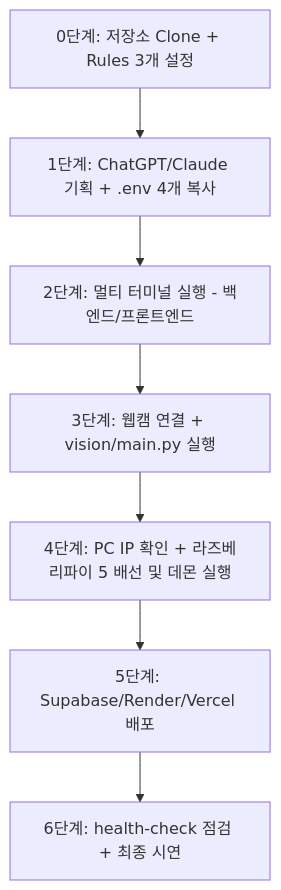
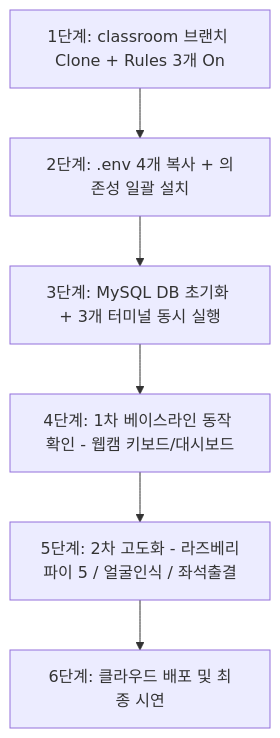
One commit to meister-info-2026/03-smart-classroom changed the diagram in docs/02-학생-수작업-로드맵.md. Above: the diagram before and after it, drawn with Mermaid. The commit also changed other lines of this file and 11 other files, not shown here.

````diff
--- a/docs/02-학생-수작업-로드맵.md
+++ b/docs/02-학생-수작업-로드맵.md
@@ -10,9 +8,8 @@
 ```mermaid
 flowchart TD
-    A[0단계: 저장소 Clone + Rules 3개 설정] --> B[1단계: ChatGPT/Claude 기획 + .env 4개 복사]
-    B --> C[2단계: 멀티 터미널 실행 - 백엔드/프론트엔드]
-    C --> D[3단계: 웹캠 연결 + vision/main.py 실행]
-    D --> E[4단계: PC IP 확인 + 라즈베리파이 5 배선 및 데몬 실행]
-    E --> F[5단계: Supabase/Render/Vercel 배포]
-    F --> G[6단계: health-check 점검 + 최종 시연]
+    A[1단계: classroom 브랜치 Clone + Rules 3개 On] --> B[2단계: .env 4개 복사 + 의존성 일괄 설치]
+    B --> C[3단계: MySQL DB 초기화 + 3개 터미널 동시 실행]
+    C --> D[4단계: 1차 베이스라인 동작 확인 - 웹캠 키보드/대시보드]
+    D --> E[5단계: 2차 고도화 - 라즈베리파이 5 / 얼굴인식 / 좌석출결]
+    E --> F[6단계: 클라우드 배포 및 최종 시연]
 ```
````
